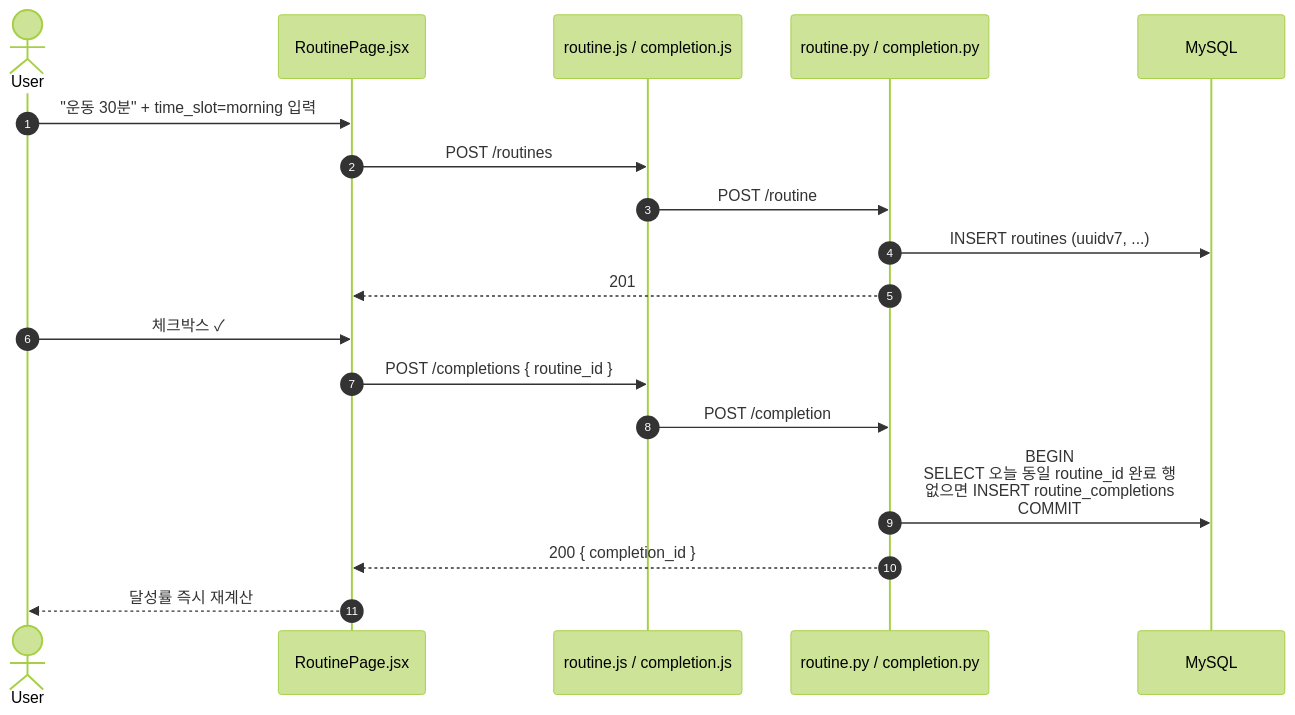
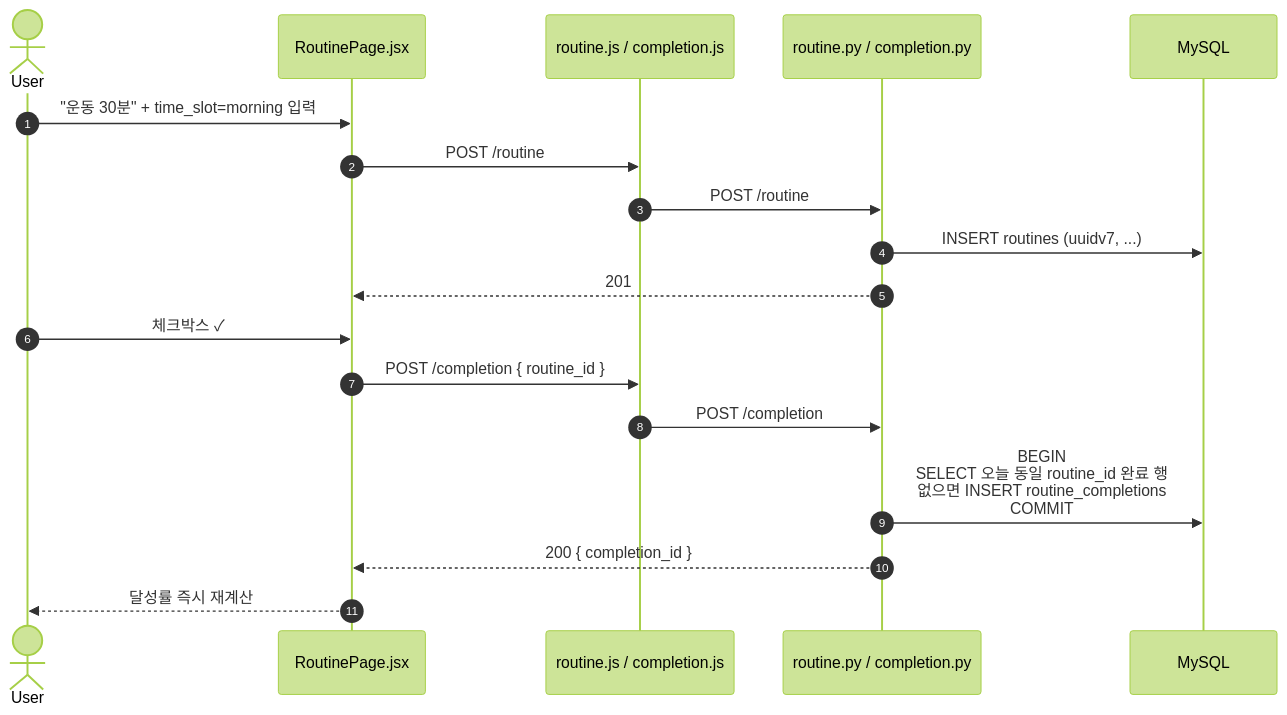
The first of 6 diagrams in docs/report/05-feature-flows.md (junseoja/capston), drawn with Mermaid (forest theme) before and after one commit. The commit also changed other lines of this file and 9 other files, not shown here.

````diff
--- a/docs/report/05-feature-flows.md
+++ b/docs/report/05-feature-flows.md
@@ -7,22 +7,22 @@
 ```mermaid
 sequenceDiagram
     autonumber
     actor U as User
     participant FE as RoutinePage.jsx
     participant BE as routine.js / completion.js
     participant API as routine.py / completion.py
     participant DB as MySQL
 
     U->>FE: "운동 30분" + time_slot=morning 입력
-    FE->>BE: POST /routines
+    FE->>BE: POST /routine
     BE->>API: POST /routine
     API->>DB: INSERT routines (uuidv7, ...)
     API-->>FE: 201
 
     U->>FE: 체크박스 ✓
-    FE->>BE: POST /completions { routine_id }
+    FE->>BE: POST /completion { routine_id }
     BE->>API: POST /completion
     API->>DB: BEGIN<br/>SELECT 오늘 동일 routine_id 완료 행<br/>없으면 INSERT routine_completions<br/>COMMIT
     API-->>FE: 200 { completion_id }
     FE-->>U: 달성률 즉시 재계산
 ```
````
